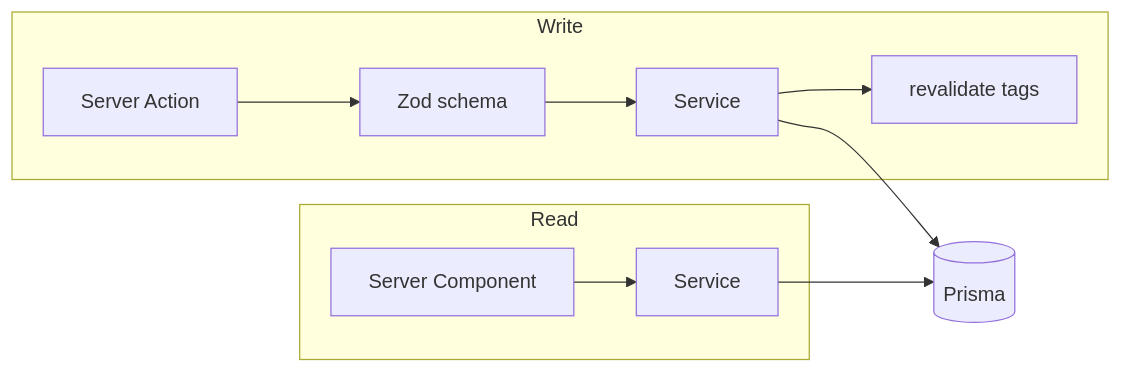
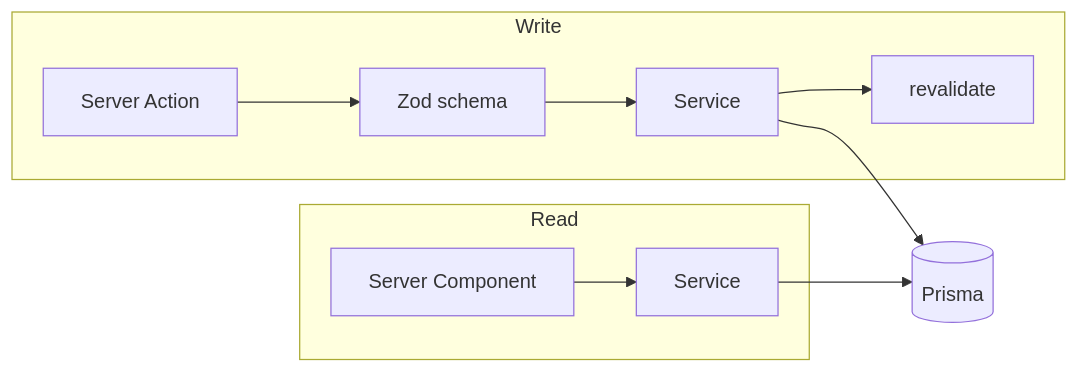
Before and after one commit to JoshGill3882/Vecta: the first of 2 diagrams in ARCHITECTURE.md, drawn with Mermaid. The commit also changed other lines of this file and 9 other files, not shown here.

````diff
--- a/ARCHITECTURE.md
+++ b/ARCHITECTURE.md
@@ -97,11 +98,11 @@
 ```mermaid
 flowchart LR
     subgraph Read
         RSC[Server Component] --> S1[Service]
     end
     subgraph Write
-        SA[Server Action] --> V[Zod schema] --> S2[Service] --> R[revalidate tags]
+        SA[Server Action] --> V[Zod schema] --> S2[Service] --> R[revalidate]
     end
     S1 --> P[(Prisma)]
     S2 --> P
 ```
````
